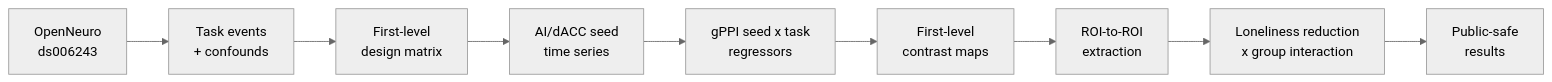
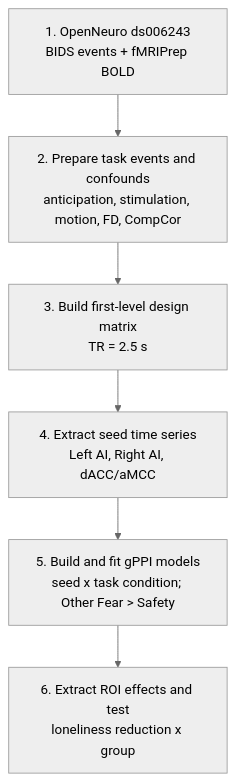
One commit to jenna0911/lkm-empathic-pain-connectivity changed the diagram in README.md. Above: the diagram before and after it, drawn with Mermaid (neutral theme). The commit also changed other lines of this file and 3 other files, not shown here.

Commit message:
Reframe README from pooled null result to group interaction

````diff
--- a/README.md
+++ b/README.md
@@ -40,11 +50,9 @@
 ```mermaid
-flowchart LR
-    A["OpenNeuro<br/>ds006243"] --> B["Task events<br/>+ confounds"]
-    B --> C["First-level<br/>design matrix"]
-    C --> D["AI/dACC seed<br/>time series"]
-    D --> E["gPPI seed x task<br/>regressors"]
-    E --> F["First-level<br/>contrast maps"]
-    F --> G["ROI-to-ROI<br/>extraction"]
-    G --> H["Loneliness reduction<br/>x group interaction"]
-    H --> I["Public-safe<br/>results"]
+flowchart TD
+    A["1. OpenNeuro ds006243<br/>BIDS events + fMRIPrep BOLD"] -->
+    B["2. Prepare task events and confounds<br/>anticipation, stimulation, motion, FD, CompCor"] -->
+    C["3. Build first-level design matrix<br/>TR = 2.5 s"] -->
+    D["4. Extract seed time series<br/>Left AI, Right AI, dACC/aMCC"] -->
+    E["5. Build and fit gPPI models<br/>seed x task condition; Other Fear > Safety"] -->
+    F["6. Extract ROI effects and test<br/>loneliness reduction x group"]
 ```
````
